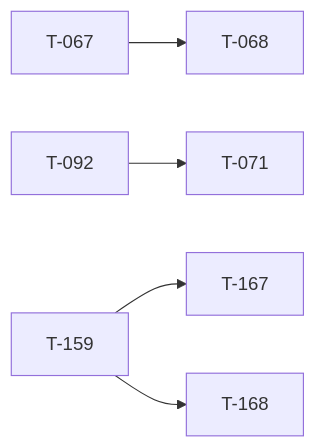
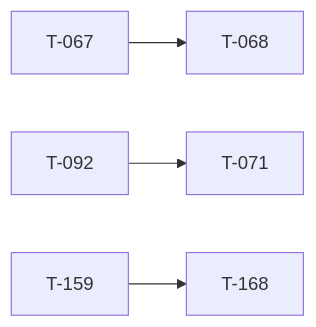
One commit to darkforce09/TBD-reforger changed the diagram in docs/TICKET_LEAD.md. Above: the diagram before and after it, drawn with Mermaid. The commit also changed other lines of this file and 14 other files, not shown here.

````diff
--- a/docs/TICKET_LEAD.md
+++ b/docs/TICKET_LEAD.md
@@ -32,7 +31,6 @@
 ```mermaid
 flowchart LR
   T067[T-067] --> T068[T-068]
   T092[T-092] --> T071[T-071]
-  T159[T-159] --> T167[T-167]
   T159[T-159] --> T168[T-168]
 ```
````
